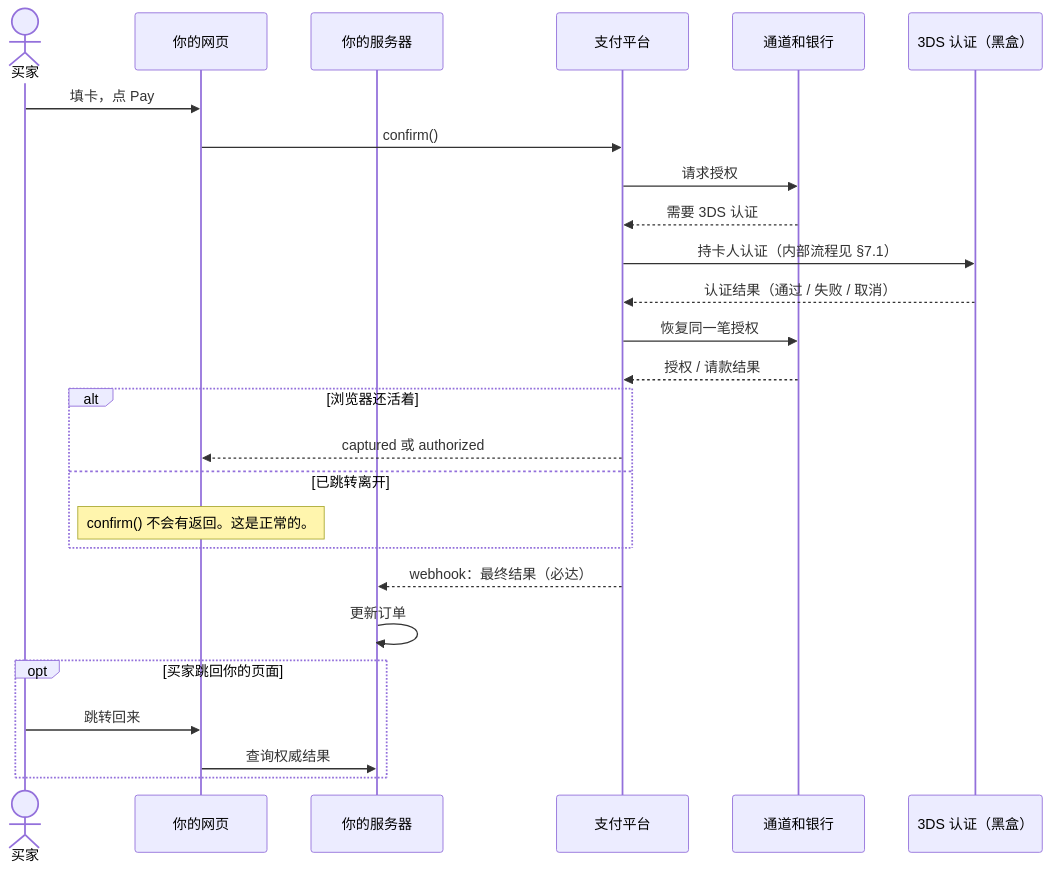
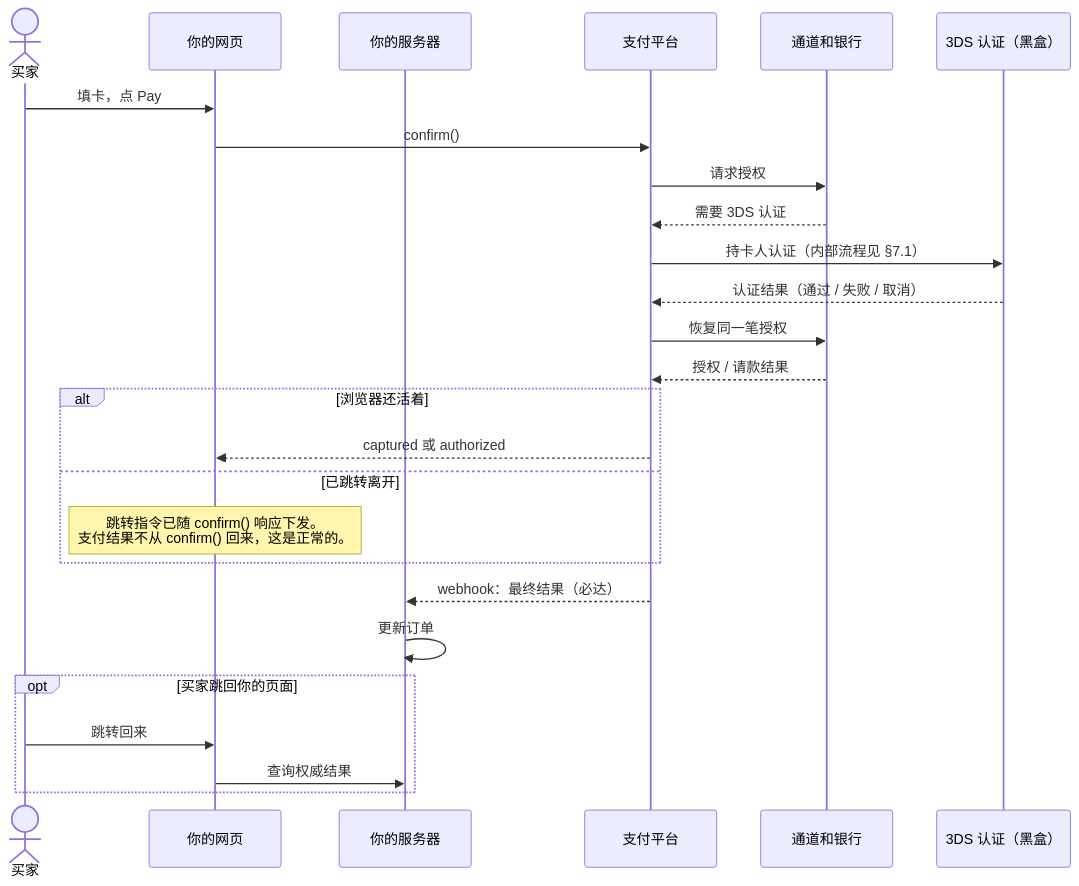
One commit to 1aboveio/wallet-architecture changed the third of 5 diagrams in docs/payment-element-merchant-integration-guide.md. Above: the diagram before and after it, drawn with Mermaid. The commit also changed other lines of this file and 1 other file, not shown here.

First line of the commit message:
docs: deliver 3DS redirect via confirm() response, browser performs the jump

````diff
--- a/docs/payment-element-merchant-integration-guide.md
+++ b/docs/payment-element-merchant-integration-guide.md
@@ -84,29 +84,29 @@
 ```mermaid
 sequenceDiagram
     actor Buyer as 买家
     participant Page as 你的网页
     participant Server as 你的服务器
     participant Pay as 支付平台
     participant Bank as 通道和银行
     participant DS3 as 3DS 认证（黑盒）
 
     Buyer->>Page: 填卡，点 Pay
     Page->>Pay: confirm()
     Pay->>Bank: 请求授权
     Bank-->>Pay: 需要 3DS 认证
     Pay->>DS3: 持卡人认证（内部流程见 §7.1）
     DS3-->>Pay: 认证结果（通过 / 失败 / 取消）
     Pay->>Bank: 恢复同一笔授权
     Bank-->>Pay: 授权 / 请款结果
     alt 浏览器还活着
         Pay-->>Page: captured 或 authorized
     else 已跳转离开
-        Note over Page: confirm() 不会有返回。这是正常的。
+        Note over Page: 跳转指令已随 confirm() 响应下发。<br/>支付结果不从 confirm() 回来，这是正常的。
     end
     Pay-->>Server: webhook：最终结果（必达）
     Server->>Server: 更新订单
     opt 买家跳回你的页面
         Buyer->>Page: 跳转回来
         Page->>Server: 查询权威结果
     end
 ```
````
